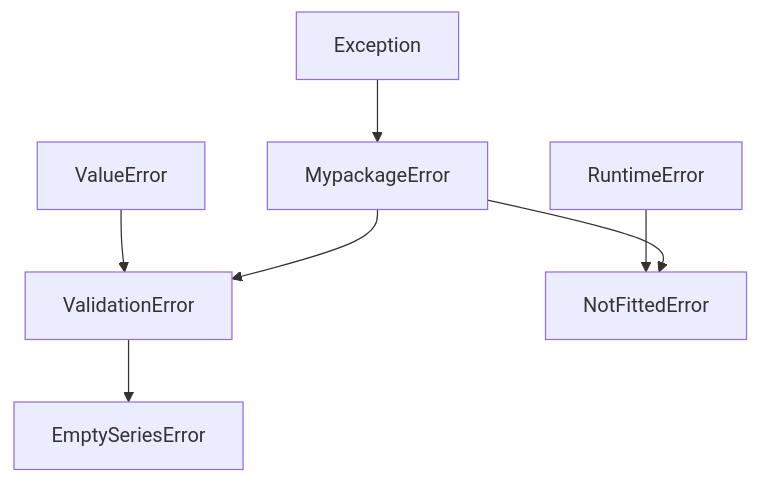
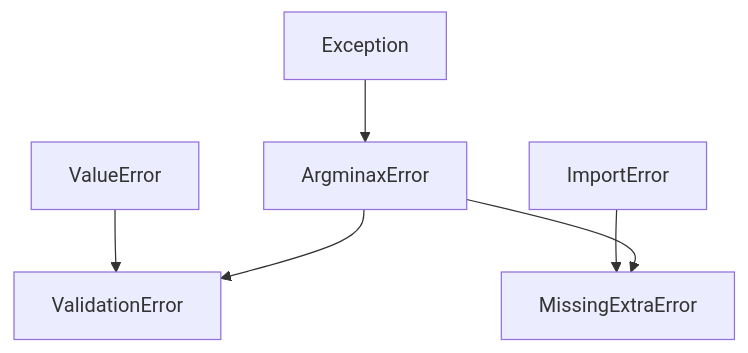
Before and after one commit to jejjohnson/argminax: the diagram in docs/api/exceptions.md, drawn with Mermaid. The commit also changed other lines of this file and 85 other files, not shown here.

````diff
--- a/docs/api/exceptions.md
+++ b/docs/api/exceptions.md
@@ -7,9 +5,8 @@
 ```mermaid
 graph TD
-    E[Exception] --> M[MypackageError]
+    E[Exception] --> A[ArgminaxError]
     V[ValueError] --> VE[ValidationError]
-    M --> VE
-    VE --> ES[EmptySeriesError]
-    R[RuntimeError] --> NF[NotFittedError]
-    M --> NF
+    A --> VE
+    I[ImportError] --> ME[MissingExtraError]
+    A --> ME
 ```
````
